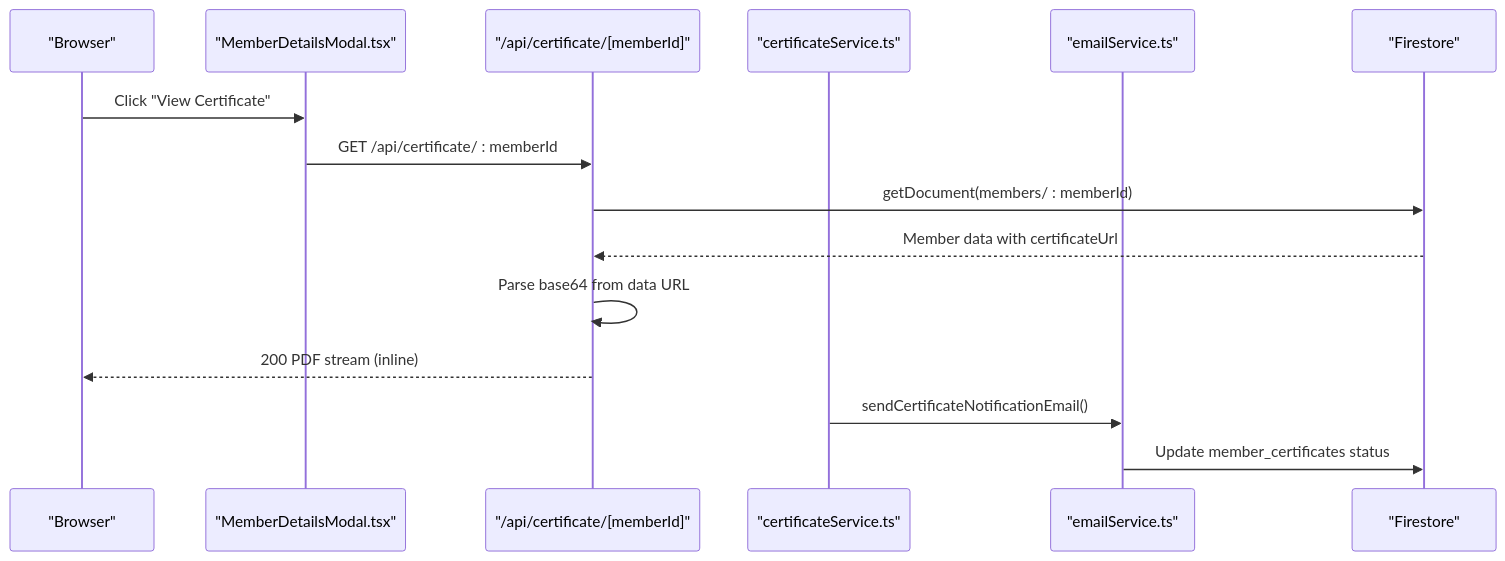
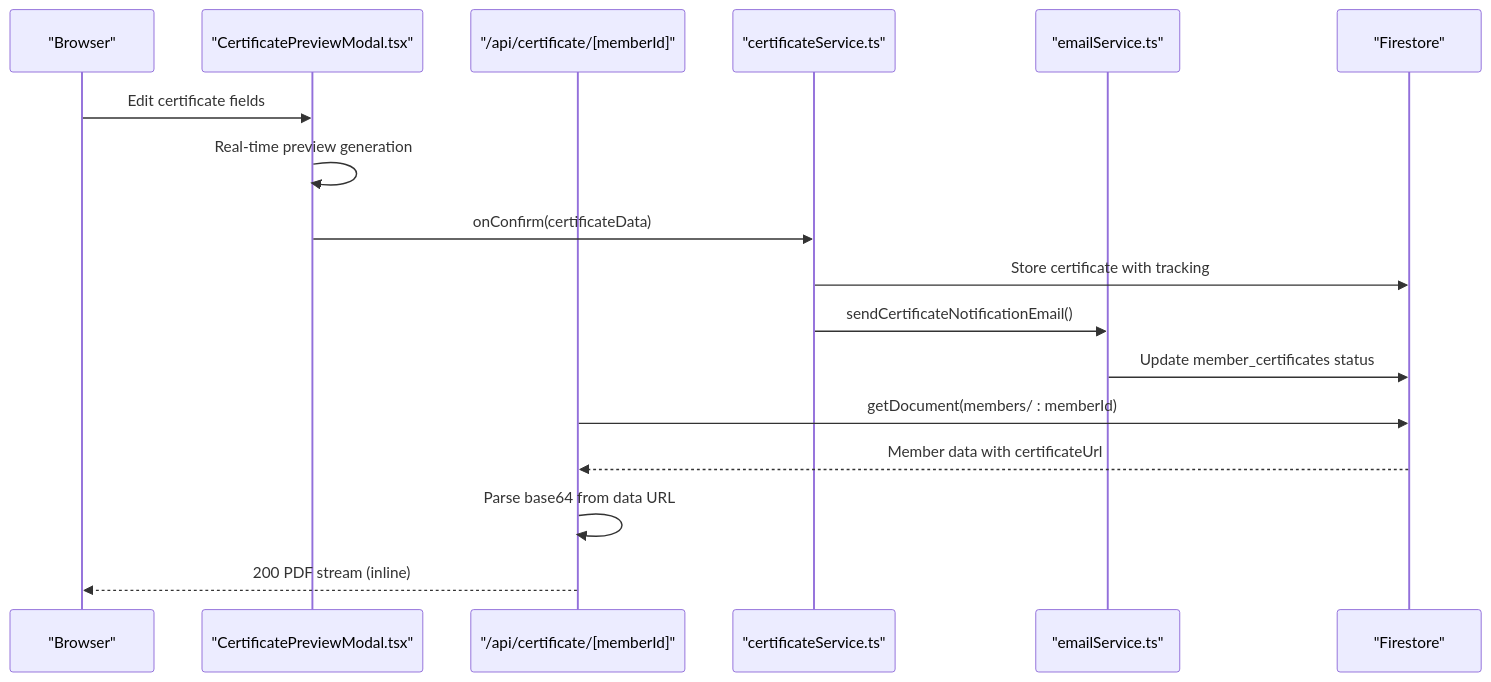
The second of 7 diagrams in .qoder/repowiki/en/content/Email & Notification System/Certificate Generation System.md (Unsure-bry/sampacoop_system), drawn with Mermaid before and after one commit. The commit also changed other lines of this file and 12 other files, not shown here.

````diff
--- a/.qoder/repowiki/en/content/Email & Notification System/Certificate Generation System.md
+++ b/.qoder/repowiki/en/content/Email & Notification System/Certificate Generation System.md
@@ -132,17 +150,19 @@
 ```mermaid
 sequenceDiagram
 participant Client as "Browser"
-participant UI as "MemberDetailsModal.tsx"
+participant Preview as "CertificatePreviewModal.tsx"
 participant API as "/api/certificate/[memberId]"
 participant Service as "certificateService.ts"
 participant Email as "emailService.ts"
 participant FS as "Firestore"
-Client->>UI : Click "View Certificate"
-UI->>API : GET /api/certificate/ : memberId
+Client->>Preview : Edit certificate fields
+Preview->>Preview : Real-time preview generation
+Preview->>Service : onConfirm(certificateData)
+Service->>FS : Store certificate with tracking
+Service->>Email : sendCertificateNotificationEmail()
+Email->>FS : Update member_certificates status
 API->>FS : getDocument(members/ : memberId)
 FS-->>API : Member data with certificateUrl
 API->>API : Parse base64 from data URL
 API-->>Client : 200 PDF stream (inline)
-Service->>Email : sendCertificateNotificationEmail()
-Email->>FS : Update member_certificates status
 ```
````
